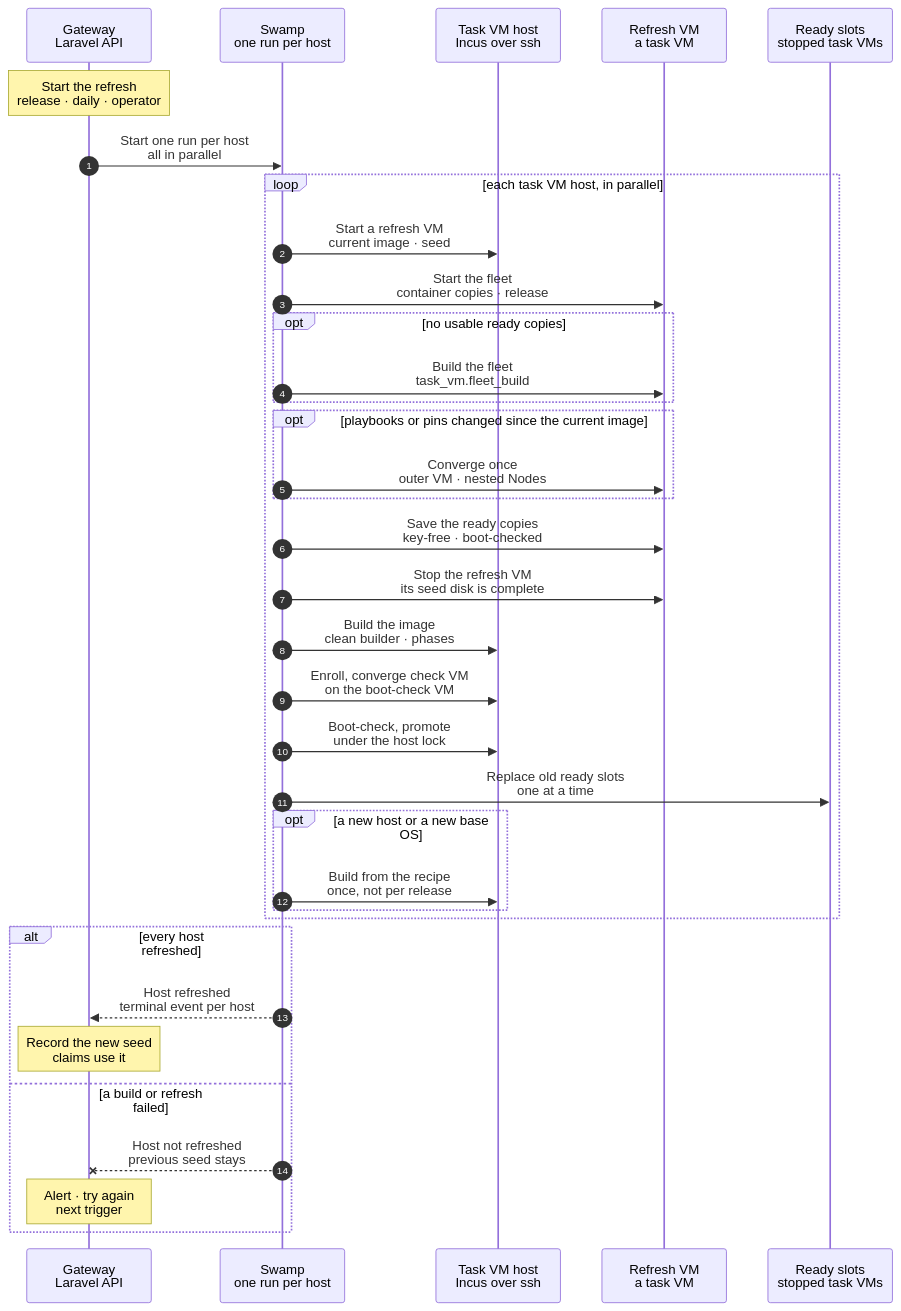
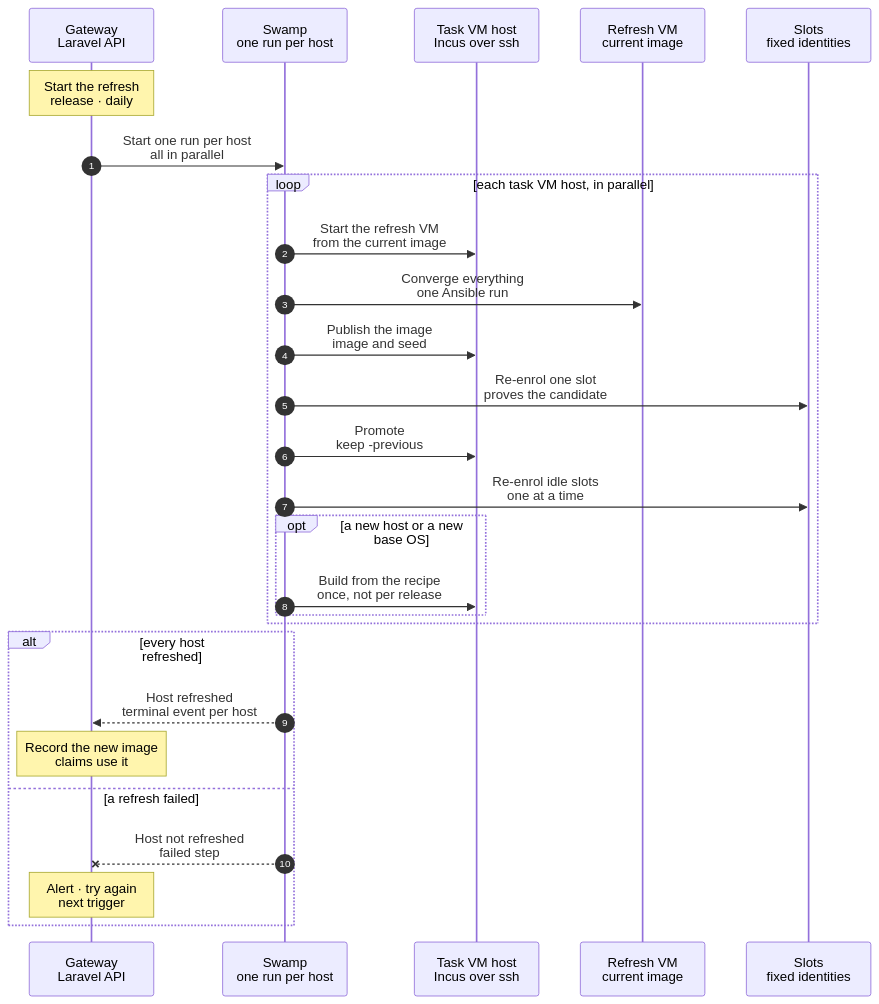
The diagram in docs/reference/pipeline/6-task-image-seed-refresh.mmd (hardimpactdev/orbit), drawn with Mermaid before and after one commit. The commit also changed 10 other files, not shown here.

First line of the commit message:
docs(tasks): slot claim, slot enrol and release, and the one-VM image refresh charts

```diff
--- a/docs/reference/pipeline/6-task-image-seed-refresh.mmd
+++ b/docs/reference/pipeline/6-task-image-seed-refresh.mmd
@@ -1,5 +1,5 @@
 sequenceDiagram
-  %% Target design: stage 6 of the command development pipeline (feature-flow section 7). When a release that changed playbooks, pins or lock files, a daily run or an operator starts it, every task VM host brings its current task image and topology seed up to the release, in parallel, and saves them as the new ones: no build from the recipe; ready slots built from the old image are replaced one at a time. Nothing is copied between hosts.
+  %% Target design (Nick 2026-11-07): stage 6 of the command development pipeline. When a release changed playbooks, pins or lock files, and once a day, every task VM host bakes its next image from its current one: one VM, one Ansible run that converges everything, then the image and its seed are published. Idle slots then re-enrol from it with their fixed identities. Nothing is copied between hosts. The per-host run: docs/cli/tasks/vm-image-refresh.mmd.
   %% status: draft
   %% command: development pipeline stage 6 · per-host task image and seed refresh
   %% kind: pipeline.6-task-image-seed-refresh
@@ -7,131 +7,54 @@
   %% lane GW icon=gateway pill=intent tone=blue
   %% lane SW icon=workflow pill=executes tone=green
   %% lane H icon=server pill=each host tone=amber
-  %% lane VM icon=server pill=target tone=gray
-  %% lane SL icon=server pill=pool tone=purple
+  %% lane VM icon=server pill=refresh VM tone=gray
+  %% lane SL icon=server pill=slots tone=purple
   participant GW as Gateway<br/>Laravel API
   participant SW as Swamp<br/>one run per host
   participant H as Task VM host<br/>Incus over ssh
-  participant VM as Refresh VM<br/>a task VM
-  participant SL as Ready slots<br/>stopped task VMs
-  Note over GW: Start the refresh<br/>release · daily · operator
+  participant VM as Refresh VM<br/>current image
+  participant SL as Slots<br/>fixed identities
+  Note over GW: Start the refresh<br/>release · daily
   %%> Triggers:
-  %%> - Decided by the orchestrator, for Nick's review (2026-11-06), container inner topology: a release whose commit changed playbooks, pins or lock files starts the refresh of every host, and a daily Schedule starts it too; both only dispatch the admission below and replace the triggers #3037 removed with the nested-VM path
-  %%> - a code-only release needs no refresh: a fleet runs the checkout it is given
-  %%> - an operator runs `php artisan task-vms:refresh-image HOST` or `task-vms:refresh-images`
-  %%> - a host with a refresh open returns it; a host that refuses (an image build runs, no capacity) is skipped
-  %%> Built (task_vm.image_refresh, workflow `operation-task-vm-image-refresh`):
-  %%> - the run of one host, admitted like `tasks:prep`: a group of its own in the proof Project, placed on that host only, with the whole intent captured in the admission of provision; only the clone step calls the Gateway, to mint its read credential
-  %%> - a repeat admission for a host returns the open run
-  %%> Hosts:
-  %%> - Linux only: the task VM hosts beast and shark, with Incus
-  %%> Requirements per host:
-  %%> - an active task VM host with no refresh running and one free large slot for the refresh VM
-  %%> - the Gateway has the release commit, GitHub App read access to the repository, and the proof Swamp Club key
+  %%> - a release whose commit changed what the image carries: the playbooks (`swamp/ansible`), the pins (`apps/gateway/resources/machine-software`) and the lock files (`TaskVmImageInputs`); a code-only release needs none, because a slot fetches its task branch
+  %%> - a daily Schedule; it only dispatches the admission
+  %%> - a host with a refresh open returns it
   GW->>SW: Start one run per host<br/>all in parallel
   %%> Why:
-  %%> - each host refreshes its own image and seed, and builds its own fleet when it has none: copying them between hosts is not a supported flow, because every supported flow has to be proven again and again (Nick, 2026-11-06)
-  %%> - a second admission for a host returns the open task
+  %%> - each host bakes its own image and seed; copying them between hosts is not a supported flow
   loop each task VM host, in parallel
-    SW->>H: Start a refresh VM<br/>current image · seed
+    SW->>H: Start the refresh VM<br/>from the current image
+    SW->>VM: Converge everything<br/>one Ansible run
     %%> What it does:
-    %%> - starts a task VM from the host's current task image, with a clone of its current topology seed, as for any task
-    %%> Built: the child `operation-task-provision`, which does this step and the next; the VM starts from the image the host promoted last, whatever its recipe or age
-    %%> Decided by the orchestrator, for Nick's review:
-    %%> - the refresh VM keeps the root disk of the host's base VM (20 GiB), not the larger disk of a topology VM, because a published image is as large as its VM's root disk and no VM can be smaller than its image; the first smoke of a 40 GiB image failed on it
-    %%> Decided by the orchestrator, for Nick's review:
-    %%> - the refresh VM is always a large task VM (12 GiB, 6 CPUs, 3 slots), because it holds the nested fleet (containers limited to 10 GiB) and builds it when the seed has no ready copies; the Gateway sets the size at the admission of the refresh, so no Project size list decides it (a group cannot declare a topology, so the size is passed to the placement, not declared); a medium VM (8 GiB) lost its nested Gateway to the out-of-memory killer in two runs on beast
-    %%> - a refresh therefore needs 3 free slots of its host and is refused with `tasks.capacity_unavailable` otherwise; the operator tries again
-    SW->>VM: Start the fleet<br/>container copies · release
+    %%> - outer VM: packages, tools, Swamp, orbit-agent, the Pi server, sshd and UFW at the release's pins
+    %%> - the warm checkout: main at the release commit, with `vendor/` and `node_modules/`
+    %%> - each container: its role phases, the checkout device, migrations, services running; then a new `base` snapshot of each
+    SW->>H: Publish the image<br/>image and seed
     %%> What it does:
-    %%> - checks out the release commit in the refresh VM, with `composer install` and `bun install` where a lock file changed
-    %%> - starts the nested fleet from the current ready copies with that checkout as their disk device, and runs the apply step (state binds, token re-mint, migrations, restarts), as in stage 2
-    %%> Decided by the orchestrator, for Nick's review (2026-11-06), container inner topology:
-    %%> - a release is boot, converge, save; nothing is built. Measured on shark (`ebe3e67` to `3046d25`): 3 min 6 s in all; start 4 s, apply about 30 s, `node:converge` 30-41 s per Node, save 17 s
-    %%> Built: all of it is the child `task-nested-fleet` of `operation-task-provision` (the start with the checkout disk device, the apply, the readiness check with Doctor, and the `base` snapshot), so the refresh saves ready copies only from a fleet that passed its readiness check
-    opt no usable ready copies
-      SW->>VM: Build the fleet<br/>task_vm.fleet_build
-      %%> Decided by the orchestrator, for Nick's review (Nick approved 2026-11-06):
-      %%> - a refresh of a host whose seed holds no usable ready copies (a new host, a new image or copies of an older format) runs the nested fleet build as a child in the refresh VM (chart `docs/cli/tasks/vm-fleet-build.mmd`), automatically and with no flag; the save of the ready copies follows
-      %%> - the step is skipped when the provision started the fleet from ready copies; the run needs no check of its own, because a failed build fails the run before the save
-      %%> - the refresh admits the fleet-build intent with the rest of its intent, before its VM exists: the host keys of the guest are pinned by the VM step, as for the ready copies, and the build takes the proof Club key as the save does
-      %%> - the waits of the build stop at once when the nested Gateway guest is not running (an Ansible task with `until` and `retries`, chart `docs/cli/tasks/vm-fleet-build.mmd`), and then name every nested container that is not running; a dead app VM ends the Operation it enrolls
-      %%> Built: the step `Build the fleet`, the child `operation-task-vm-fleet-build`
-    end
-    opt playbooks or pins changed since the current image
-      SW->>VM: Converge once<br/>outer VM · nested Nodes
-      %%> What it does:
-      %%> - image playbooks on the outer VM; role playbooks and pins on the nested Nodes, through the nested Orbit's `node:converge`
-      %%> - the same step as in the proof CI (stage 4)
-    %%> Decided by the orchestrator, for Nick's review:
-    %%> - the run always converges: a VM at the pins reports no change in about a minute, so the Gateway needs no check of what changed; the `opt` stays as the chart of the intent
-    %%> Built: the outer VM, as the converge of the provision (`Converge once` of stage 2), which this run reuses instead of a step of its own; the nested Nodes as `Converge the nested Nodes` (child `task-nested-converge`: `orbit:node-converge` of app-dev, app-prod, then the Gateway, one at a time), only on a fleet started from ready copies
-    end
-    SW->>VM: Save the ready copies<br/>key-free · boot-checked
-    %%> Decided by the orchestrator, for Nick's review (2026-11-06):
-    %%> - the refresh has no token step: every provision that starts a fleet renews the Swamp tokens of the nested Gateway (stage 2), so the age of the copies does not matter
-    %%> - the copies carry format 4 (containers): the control plan the renewal reads is on the nested Gateway; copies of an older format are not used
-    %%> Built: the child `operation-task-vm-ready-copies`, the kind `task_vm.ready_copies`, on the refresh VM
-    SW->>VM: Stop the refresh VM<br/>its seed disk is complete
-    %%> Decided by the orchestrator, for Nick's review (2026-11-07): the stop, and with it the image, the seed copy and the promotion, waits for every refresh step before it to pass or to be skipped by its own guard; a failed step makes the steps after it `skipped` too, so the stop names each step (refresh 12497 promoted an image after a failed nested converge)
-    %%> Decided by the orchestrator, for Nick's review (Nick approved 2026-11-06):
-    %%> - the refresh VM yields only its seed disk and is never published; it is stopped so that the copy of the disk is consistent
-    %%> - the seed disk holds only the `node-template` and the `fleet-ready-*` copies; the running nested guests are on the VM's own disk and go with the VM
-    %%> - this removes what existed because an enrolled VM was published: the withdraw step, the identity check and the `enrolled` branch of `task-vm-image-clean`
-    SW->>H: Build the image<br/>clean builder · phases
-    %%> Decided by the orchestrator, for Nick's review (Nick approved 2026-11-06):
-    %%> - the image is published from a builder: a clone of the image the refresh VM started from (its fingerprint, `candidate.source`), named `candidate.builder`, never enrolled, with no seed attached
-    %%> - the builder is brought to the pins of the release by the phases `software`, `tools` and `check`, then cleaned by `task-vm-image-clean` (cloud-init, machine-id, SSH host keys, trim, stop), which has no enrolled branch
-    %%> - the sequence from the launch to the publication is one child workflow, `task-vm-image-builder`, which the refresh runs now; the image build (`task_vm.image_build`) keeps its own jobs until a follow-up moves it onto the child, because its result reader names those steps
-    %%> - the assert that the builder has no `topology-seed` pool comes with the removal of the surgery below: the builder is cloned from an image that may still hold the stale records, so the assert cannot pass before the lineage is clean
+    %%> - stops the refresh VM, publishes it as the candidate image and its container disk as the candidate's seed; the refresh VM is deleted
+    SW->>SL: Re-enrol one slot<br/>proves the candidate
     %%> What it does:
-    %%> - clones the builder, waits for its guest agent and cloud-init, runs the phases, cleans and stops it, publishes it under a candidate alias and reads its fingerprint
-    %%> Risks the run accepts:
-    %%> - the ready copies are made on the refresh VM from the old image, and the image comes from the builder; the next provision is the check of the pair, and `-previous` (image and old seed) is the rollback
-    %%> - the `incus admin sql` surgery in the seed attach stays until every host serves an image whose lineage never held the seed pool, for example one rebuilt from stock with `task_vm.image_build`; a later PR deletes it
-    SW->>H: Enroll, converge check VM<br/>on the boot-check VM
-    %%> Decided by the orchestrator, for Nick's review:
-    %%> - a release can trigger a refresh with nobody watching, and a refresh starts from the image the host serves, so one bad image would reach every later provision; the candidate is therefore enrolled and converged before it is promoted
-    %%> - on the throwaway VM of the boot check, after its check phase, the run enrolls the guest with the same bootstrap steps as an enrollment (account, key, sudoers file, observer install and verify), then converges it to the pins with the phases `software`, `tools` and `check`
-    %%> - the bootstrap steps are one child workflow, `task-vm-bootstrap`, which `task-vm-enrollment` calls too, so the check and a real enrollment cannot drift apart
-    %%> - the promotion waits for both steps; a candidate that cannot be enrolled or converged promotes nothing
-    %%> Built: the steps `Enroll the check VM` (the child `task-vm-bootstrap`, which `task-vm-enrollment` calls too) and `Converge the check VM` (the child `task-vm-image-ansible`, phases `software`, `tools` and `check`), before the seed copy; the enrollment of the check VM is the guard against enrollment files left in an image
-    %%> Not covered:
-    %%> - the WireGuard peer, the observer start and the nested fleet: they need a Gateway-admitted Node, so the next provision is their check
-    SW->>H: Boot-check, promote<br/>under the host lock
-    %%> Built: the smoke is the child `task-vm-image-smoke` and the alias move is the child `task-vm-image-promote`, the same children as the image build
-    %%> Decided by the orchestrator, for Nick's review:
-    %%> - the new image has a new fingerprint, and a seed is named from its image, so the new seed is a copy of the refresh VM's seed disk under the new name (`zfs promote` after the copy, so refreshes form no clone chain); the old image and the old seed stay under their own names, and the old image keeps the alias `-previous`, which is the rollback copy
-    %%> - the Gateway records the new image as the host's latest promoted build when the run ends, then cancels the group of the run, which destroys the refresh VM
+    %%> - rebuilds the first idle slot from the candidate with its fixed identity, takes its `clean` snapshot and runs the claim's ready check; it proves exactly what a claim gets
+    SW->>H: Promote<br/>keep -previous
     %%> What it does:
-    %%> - boots a throwaway copy of each ready copy and of the image to check them, then promotes both and destroys the refresh VM
-    %%> - keeps the old image and seed as `-previous`, the rollback copy; cleanup always runs
-    %%> - a failed step keeps the old image and seed: the builder, and with it the publication and the promotion, run only after the VM step and the save of the ready copies passed, so a VM whose fleet failed its readiness check promotes nothing
-    SW->>SL: Replace old ready slots<br/>one at a time
-    %%> Target, not built:
-    %%> - destroys a ready slot made from the old image, enrols a new one from the new image, then takes the next
-    %%> - a slot is always ready; a slot in use keeps running on its own clone
-    %%> - when the image did not change, nothing is replaced
+    %%> - the alias moves to the candidate, the old image keeps `-previous` for rollback, and older images are removed
+    SW->>SL: Re-enrol idle slots<br/>one at a time
+    %%> What it does:
+    %%> - each other idle slot re-enrols from the new image; a claimed slot re-enrols when it is released
     opt a new host or a new base OS
       SW->>H: Build from the recipe<br/>once, not per release
       %%> What it does:
-      %%> - builds the task image from the stock image with the recipe phases (`task_vm.image_build`) and the first seed (`task_vm.seed_refresh`)
-      %%> - every later release only brings these up to date
+      %%> - builds the first image from the stock image (`task_vm.image_build`); every later release only refreshes it
     end
   end
   alt every host refreshed
     SW-->>GW: Host refreshed<br/>terminal event per host
-    %%> What it does:
-    %%> - each host reports its own result; one slow host does not hold the others
-    Note over GW: Record the new seed<br/>claims use it
+    Note over GW: Record the new image<br/>claims use it
     %%> Result:
-    %%> - the next task VM and the next proof start from the new seed, which holds the running release
-    %%> - no fleet test follows; the seed is checked only by its own throwaway boot
-  else a build or refresh failed
-    SW--xGW: Host not refreshed<br/>previous seed stays
-    %%> On failure:
-    %%> - the failed step is named; the host keeps the image and seed it had, and the next trigger tries again
+    %%> - target about 3 min per host; one slow host does not hold the others
+  else a refresh failed
+    SW--xGW: Host not refreshed<br/>failed step
     Note over GW: Alert · try again<br/>next trigger
     %%> Result:
-    %%> - the host keeps the image and seed it had; the other hosts are not affected
+    %%> - the host keeps its image; the refresh VM and the candidate are removed, and the proving slot re-enrols from the current image
   end
```
